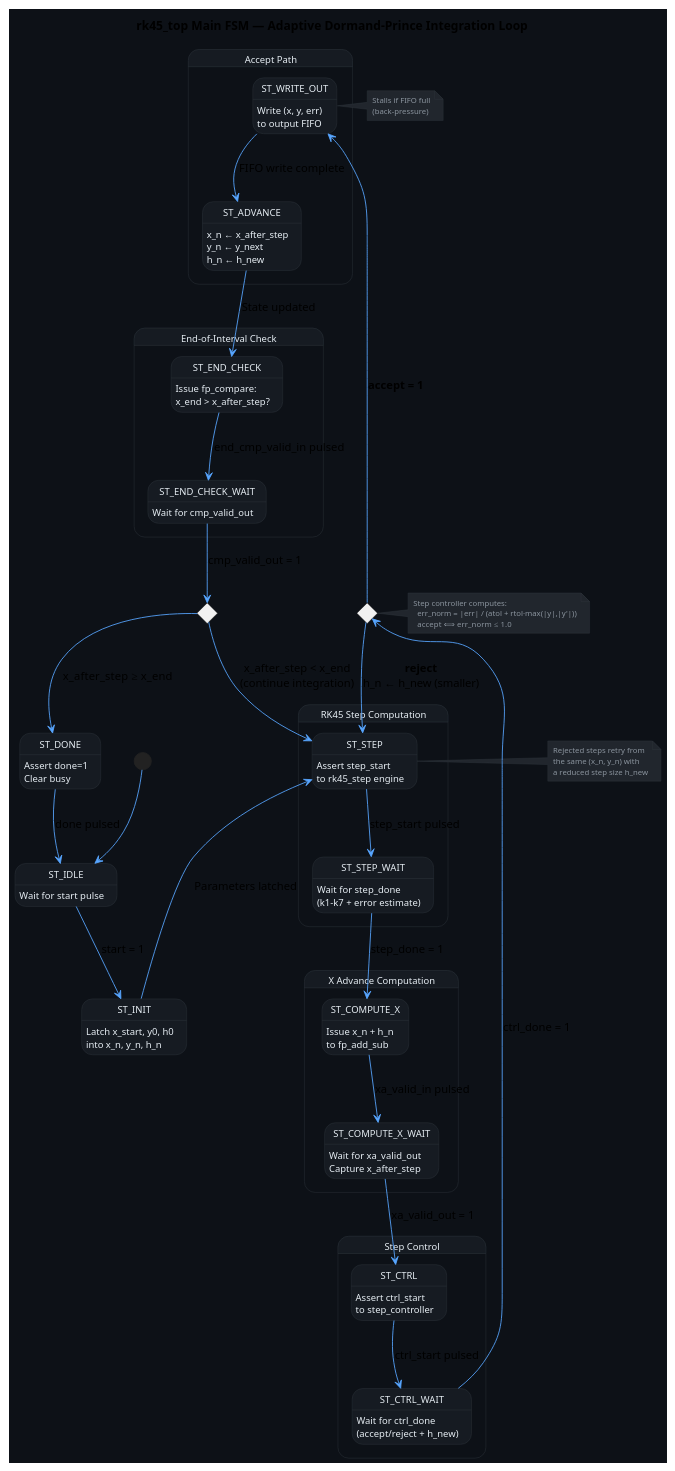
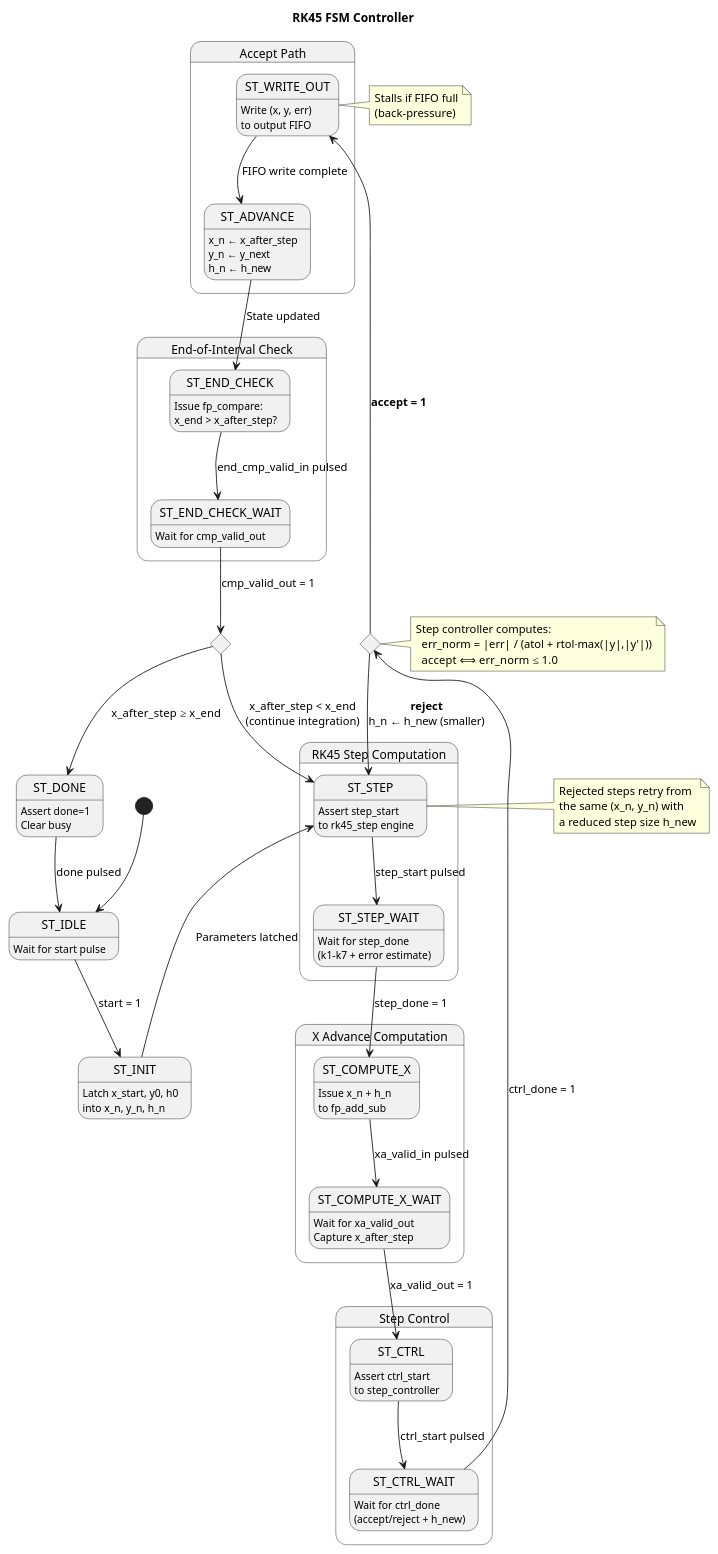
One commit to Dan2100/Runge-Kutta-45 changed the diagram in docs/diagrams/rk45_top_fsm.puml. Above: the diagram before and after it, drawn with PlantUML. The commit also changed 7 other files, not shown here.

```diff
--- a/docs/diagrams/rk45_top_fsm.puml
+++ b/docs/diagrams/rk45_top_fsm.puml
@@ -1,109 +1,92 @@
 @startuml rk45_top_fsm
 ' =============================================================================
 ' rk45_top_fsm.puml — Main FSM State Diagram for rk45_top
 ' =============================================================================
 ' Render: https://www.plantuml.com/plantuml  or  plantuml rk45_top_fsm.puml
 '
 ' Shows the complete state machine that orchestrates the adaptive RK45
 ' integration loop: compute step → evaluate error → accept/reject → advance.
 ' =============================================================================
 
-skinparam backgroundColor #0d1117
-skinparam state {
-    BackgroundColor #161b22
-    BorderColor #30363d
-    FontColor #e6edf3
-    FontSize 11
-    ArrowColor #58a6ff
-    StartColor #3fb950
-    EndColor #f85149
-}
-skinparam note {
-    BackgroundColor #21262d
-    BorderColor #30363d
-    FontColor #8b949e
-    FontSize 9
-}
-
-title **rk45_top Main FSM** — Adaptive Dormand-Prince Integration Loop
+title RK45 FSM Controller
 
 [*] --> ST_IDLE
 
 state ST_IDLE : Wait for start pulse
 state ST_INIT : Latch x_start, y0, h0\ninto x_n, y_n, h_n
 
 state "RK45 Step Computation" as step_group {
     state ST_STEP : Assert step_start\nto rk45_step engine
     state ST_STEP_WAIT : Wait for step_done\n(k1–k7 + error estimate)
 }
 
 state "X Advance Computation" as x_group {
     state ST_COMPUTE_X : Issue x_n + h_n\nto fp_add_sub
     state ST_COMPUTE_X_WAIT : Wait for xa_valid_out\nCapture x_after_step
 }
 
 state "Step Control" as ctrl_group {
     state ST_CTRL : Assert ctrl_start\nto step_controller
     state ST_CTRL_WAIT : Wait for ctrl_done\n(accept/reject + h_new)
 }
 
 state ST_CHECK <<choice>>
 
 state "Accept Path" as accept_group {
     state ST_WRITE_OUT : Write (x, y, err)\nto output FIFO
     state ST_ADVANCE : x_n ← x_after_step\ny_n ← y_next\nh_n ← h_new
 }
 
 state "End-of-Interval Check" as end_group {
     state ST_END_CHECK : Issue fp_compare:\nx_end > x_after_step?
     state ST_END_CHECK_WAIT : Wait for cmp_valid_out
 }
 
 state end_decision <<choice>>
 
 state ST_DONE : Assert done=1\nClear busy
 
 ST_IDLE --> ST_INIT : start = 1
 ST_INIT --> ST_STEP : Parameters latched
 
 ST_STEP --> ST_STEP_WAIT : step_start pulsed
 ST_STEP_WAIT --> ST_COMPUTE_X : step_done = 1
 
 ST_COMPUTE_X --> ST_COMPUTE_X_WAIT : xa_valid_in pulsed
 ST_COMPUTE_X_WAIT --> ST_CTRL : xa_valid_out = 1
 
 ST_CTRL --> ST_CTRL_WAIT : ctrl_start pulsed
 ST_CTRL_WAIT --> ST_CHECK : ctrl_done = 1
 
 ST_CHECK --> ST_WRITE_OUT : **accept = 1**
 ST_CHECK --> ST_STEP : **reject**\nh_n ← h_new (smaller)
 
 ST_WRITE_OUT --> ST_ADVANCE : FIFO write complete
 ST_ADVANCE --> ST_END_CHECK : State updated
 
 ST_END_CHECK --> ST_END_CHECK_WAIT : end_cmp_valid_in pulsed
 ST_END_CHECK_WAIT --> end_decision : cmp_valid_out = 1
 
 end_decision --> ST_DONE : x_after_step ≥ x_end
 end_decision --> ST_STEP : x_after_step < x_end\n(continue integration)
 
 ST_DONE --> ST_IDLE : done pulsed
 
 note right of ST_CHECK
   Step controller computes:
     err_norm = |err| / (atol + rtol·max(|y|,|y'|))
     accept ⟺ err_norm ≤ 1.0
 end note
 
 note right of ST_STEP
   Rejected steps retry from
   the same (x_n, y_n) with
   a reduced step size h_new
 end note
 
 note left of ST_WRITE_OUT
   Stalls if FIFO full
   (back-pressure)
 end note
 
 @enduml
```
